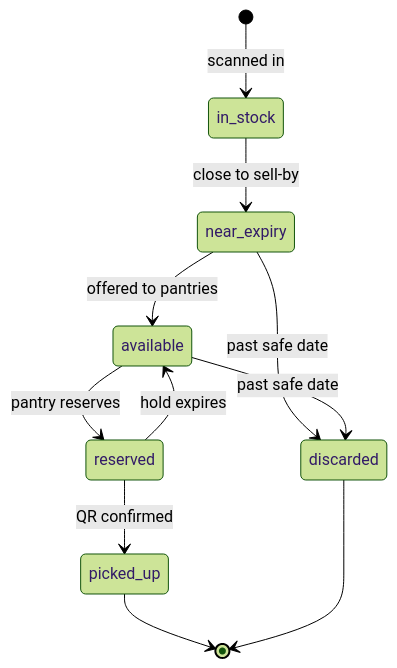
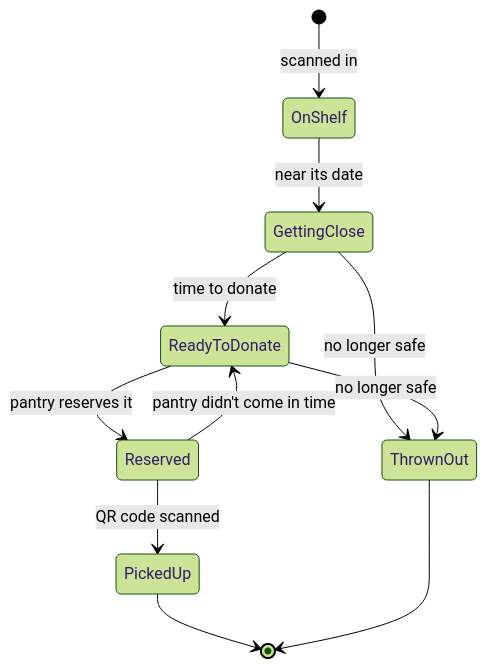
One commit to Evie0007/NourishNet changed the third of 3 diagrams in README.md. Above: the diagram before and after it, drawn with Mermaid (forest theme). The commit also changed other lines of this file, not shown here.

````diff
--- a/README.md
+++ b/README.md
@@ -82,13 +107,13 @@
 ```mermaid
 stateDiagram-v2
-    [*] --> in_stock: scanned in
-    in_stock --> near_expiry: close to sell-by
-    near_expiry --> available: offered to pantries
-    available --> reserved: pantry reserves
-    reserved --> available: hold expires
-    reserved --> picked_up: QR confirmed
-    near_expiry --> discarded: past safe date
-    available --> discarded: past safe date
-    picked_up --> [*]
-    discarded --> [*]
+    [*] --> OnShelf: scanned in
+    OnShelf --> GettingClose: near its date
+    GettingClose --> ReadyToDonate: time to donate
+    ReadyToDonate --> Reserved: pantry reserves it
+    Reserved --> ReadyToDonate: pantry didn't come in time
+    Reserved --> PickedUp: QR code scanned
+    GettingClose --> ThrownOut: no longer safe
+    ReadyToDonate --> ThrownOut: no longer safe
+    PickedUp --> [*]
+    ThrownOut --> [*]
 ```
````
